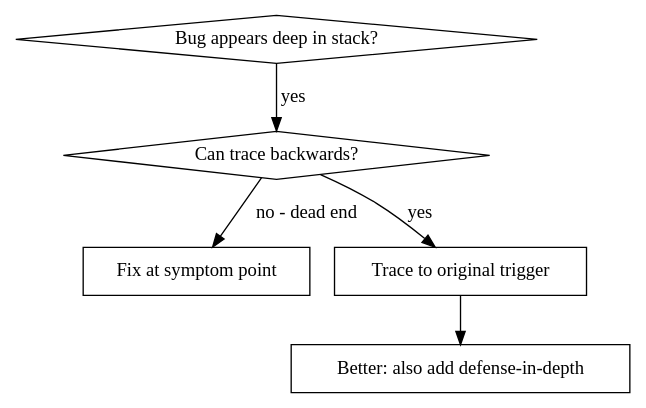
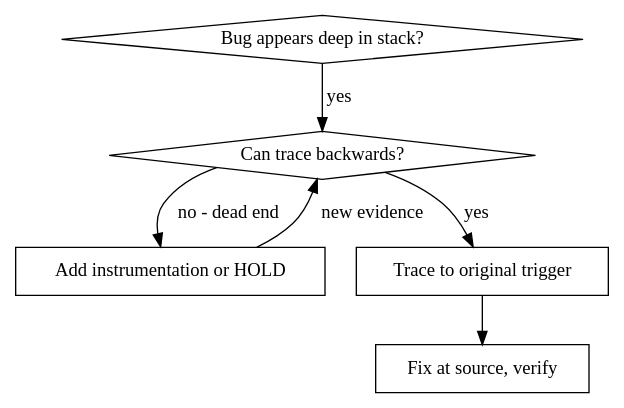
One commit to DayZ-n-Chill/Agentic-Z changed the first of 2 diagrams in skills/systematic-debugging/references/root-cause-tracing.md. Above: the diagram before and after it, drawn with Graphviz. The commit also changed other lines of this file and 478 other files, not shown here.

````diff
--- a/skills/systematic-debugging/references/root-cause-tracing.md
+++ b/skills/systematic-debugging/references/root-cause-tracing.md
@@ -13,14 +13,15 @@
 ```dot
 digraph when_to_use {
     "Bug appears deep in stack?" [shape=diamond];
     "Can trace backwards?" [shape=diamond];
-    "Fix at symptom point" [shape=box];
+    "Add instrumentation or HOLD" [shape=box];
     "Trace to original trigger" [shape=box];
-    "Better: also add defense-in-depth" [shape=box];
+    "Fix at source, verify" [shape=box];
 
     "Bug appears deep in stack?" -> "Can trace backwards?" [label="yes"];
     "Can trace backwards?" -> "Trace to original trigger" [label="yes"];
-    "Can trace backwards?" -> "Fix at symptom point" [label="no - dead end"];
-    "Trace to original trigger" -> "Better: also add defense-in-depth";
+    "Can trace backwards?" -> "Add instrumentation or HOLD" [label="no - dead end"];
+    "Add instrumentation or HOLD" -> "Can trace backwards?" [label="new evidence"];
+    "Trace to original trigger" -> "Fix at source, verify";
 }
 ```
````
